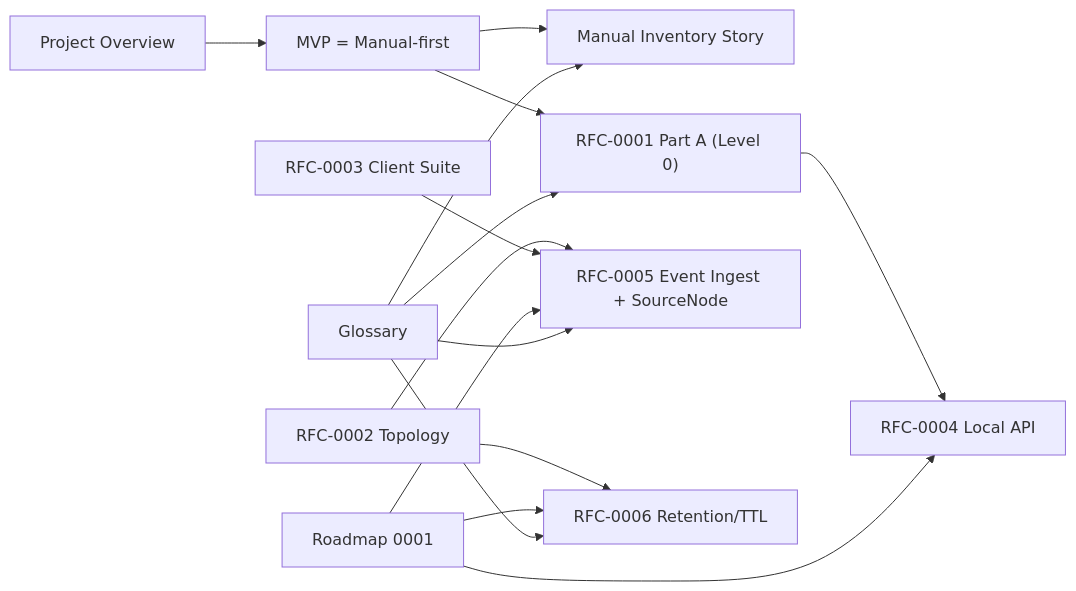
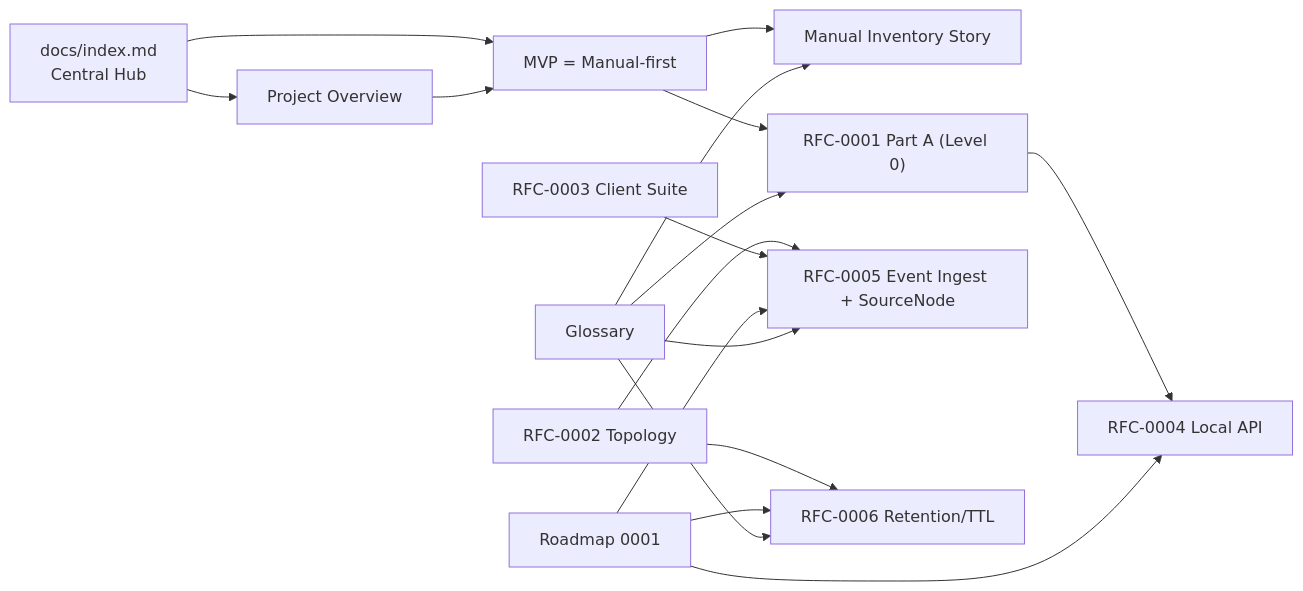
One commit to asukhodko/timeskein changed the eighth of 8 diagrams in .qoder/repowiki/en/content/Project Overview/Documentation Rework.md. Above: the diagram before and after it, drawn with Mermaid. The commit also changed other lines of this file and 6 other files, not shown here.

````diff
--- a/.qoder/repowiki/en/content/Project Overview/Documentation Rework.md
+++ b/.qoder/repowiki/en/content/Project Overview/Documentation Rework.md
@@ -311,17 +348,19 @@
 ```mermaid
 graph LR
-OVERVIEW["Project Overview"] --> ADR2["MVP = Manual-first"]
+INDEX["docs/index.md<br/>Central Hub"] --> OVERVIEW["Project Overview"]
+INDEX --> ADR2["MVP = Manual-first"]
+OVERVIEW --> ADR2
 ADR2 --> US_MAN["Manual Inventory Story"]
 ADR2 --> RFC_MVP_A["RFC-0001 Part A (Level 0)"]
 RFC_MVP_A --> RFC_LOCAL["RFC-0004 Local API"]
 RFC_TOPO["RFC-0002 Topology"] --> RFC_INGEST["RFC-0005 Event Ingest + SourceNode"]
 RFC_CLIENT["RFC-0003 Client Suite"] --> RFC_INGEST
 RFC_TOPO --> RFC_RET["RFC-0006 Retention/TTL"]
 ROADMAP["Roadmap 0001"] --> RFC_LOCAL
 ROADMAP --> RFC_INGEST
 ROADMAP --> RFC_RET
 GLOSS["Glossary"] --> US_MAN
 GLOSS --> RFC_MVP_A
 GLOSS --> RFC_INGEST
 GLOSS --> RFC_RET
 ```
````
